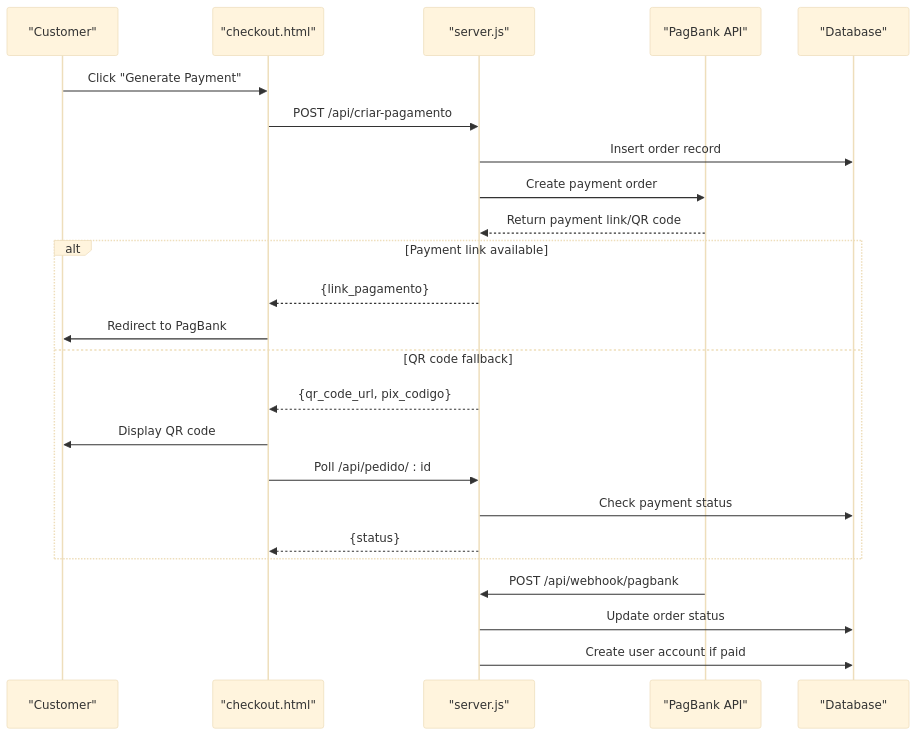
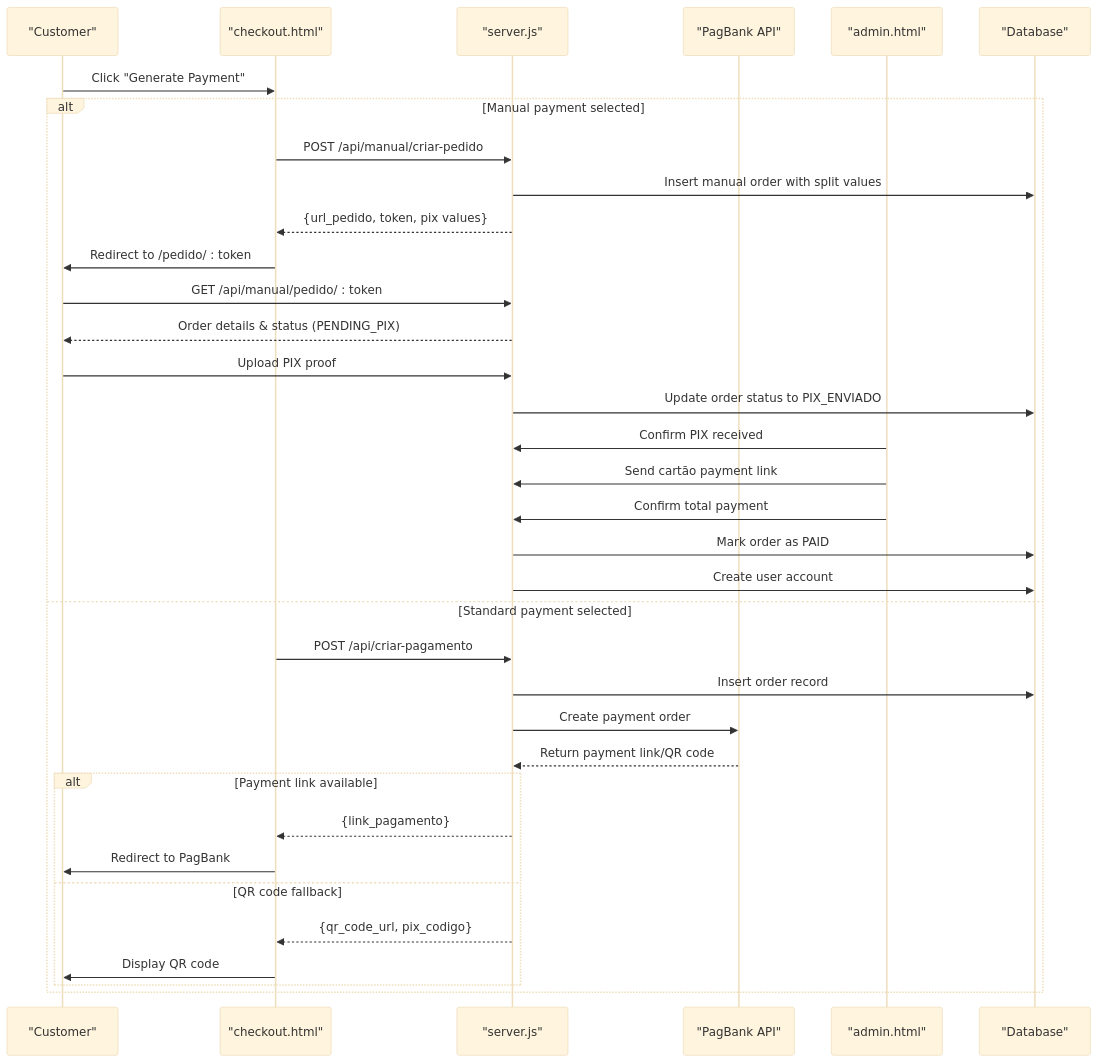
Before and after one commit to Alexandrexicara/qretiquetas.com: the fifth of 8 diagrams in .qoder/repowiki/en/content/Frontend Components/Checkout Interface (checkout.html).md, drawn with Mermaid (base theme). The commit also changed other lines of this file and 6 other files, not shown here.

````diff
--- a/.qoder/repowiki/en/content/Frontend Components/Checkout Interface (checkout.html).md
+++ b/.qoder/repowiki/en/content/Frontend Components/Checkout Interface (checkout.html).md
@@ -195,26 +216,37 @@
 ```mermaid
 sequenceDiagram
 participant Client as "Customer"
 participant Checkout as "checkout.html"
 participant Server as "server.js"
 participant PagBank as "PagBank API"
+participant Admin as "admin.html"
 participant DB as "Database"
 Client->>Checkout : Click "Generate Payment"
+alt Manual payment selected
+Checkout->>Server : POST /api/manual/criar-pedido
+Server->>DB : Insert manual order with split values
+Server-->>Checkout : {url_pedido, token, pix values}
+Checkout->>Client : Redirect to /pedido/ : token
+Client->>Server : GET /api/manual/pedido/ : token
+Server-->>Client : Order details & status (PENDING_PIX)
+Client->>Server : Upload PIX proof
+Server->>DB : Update order status to PIX_ENVIADO
+Admin->>Server : Confirm PIX received
+Admin->>Server : Send cartão payment link
+Admin->>Server : Confirm total payment
+Server->>DB : Mark order as PAID
+Server->>DB : Create user account
+else Standard payment selected
 Checkout->>Server : POST /api/criar-pagamento
 Server->>DB : Insert order record
 Server->>PagBank : Create payment order
 PagBank-->>Server : Return payment link/QR code
 alt Payment link available
 Server-->>Checkout : {link_pagamento}
 Checkout->>Client : Redirect to PagBank
 else QR code fallback
 Server-->>Checkout : {qr_code_url, pix_codigo}
 Checkout->>Client : Display QR code
-Checkout->>Server : Poll /api/pedido/ : id
-Server->>DB : Check payment status
-Server-->>Checkout : {status}
 end
-PagBank->>Server : POST /api/webhook/pagbank
-Server->>DB : Update order status
-Server->>DB : Create user account if paid
+end
 ```
````
